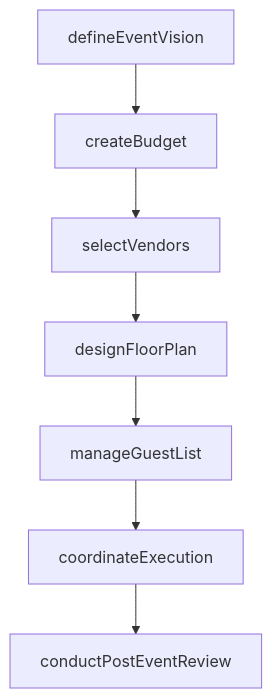
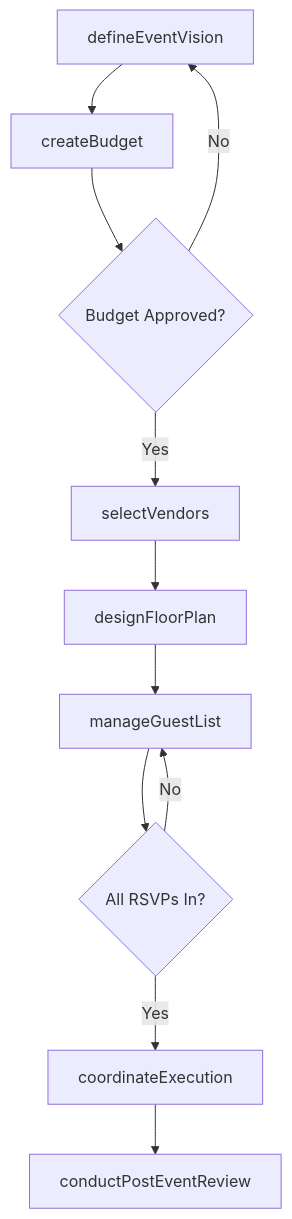
The third of 4 diagrams in OrganizingPlanningAndPrioritizingWork/PlanEventsOrPrograms/PlanSpecialEvents.mdx (dot-org-ai/tasks.org.ai), drawn with Mermaid before and after one commit. The commit also changed other lines of this file and 504 other files, not shown here.

First line of the commit message:
feat: Add ER diagrams, state diagrams, and workflow improvements to 96 DWA task files

````diff
--- a/OrganizingPlanningAndPrioritizingWork/PlanEventsOrPrograms/PlanSpecialEvents.mdx
+++ b/OrganizingPlanningAndPrioritizingWork/PlanEventsOrPrograms/PlanSpecialEvents.mdx
@@ -87,9 +115,13 @@
 ```mermaid
 graph TD
     A[defineEventVision] --> B[createBudget]
-    B --> C[selectVendors]
-    C --> D[designFloorPlan]
-    D --> E[manageGuestList]
-    E --> F[coordinateExecution]
-    F --> G[conductPostEventReview]
+    B --> C{Budget Approved?}
+    C -->|No| A
+    C -->|Yes| D[selectVendors]
+    D --> E[designFloorPlan]
+    E --> F[manageGuestList]
+    F --> G{All RSVPs In?}
+    G -->|No| F
+    G -->|Yes| H[coordinateExecution]
+    H --> I[conductPostEventReview]
 ```
````
